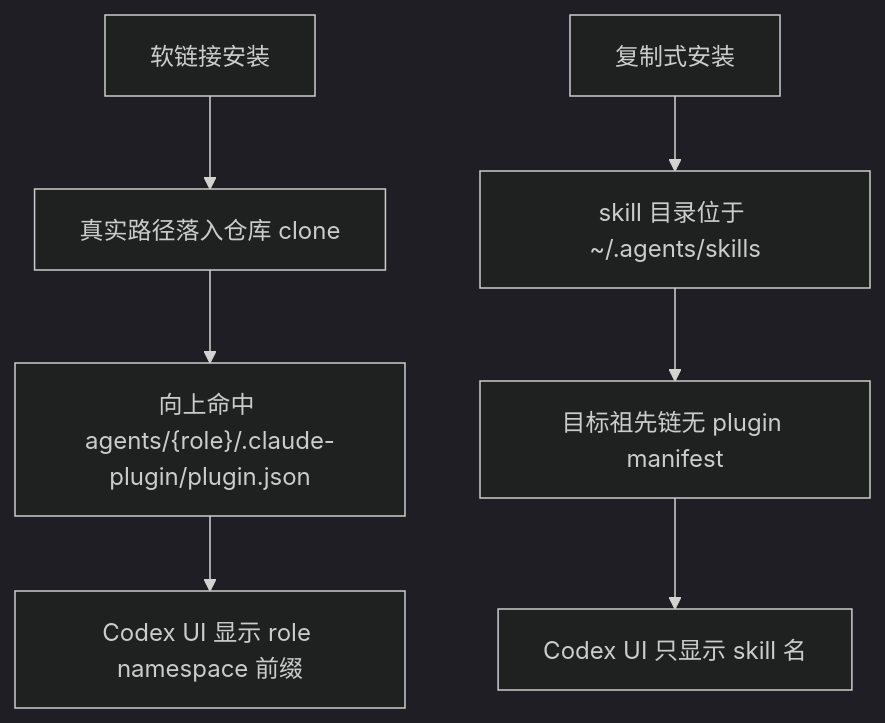
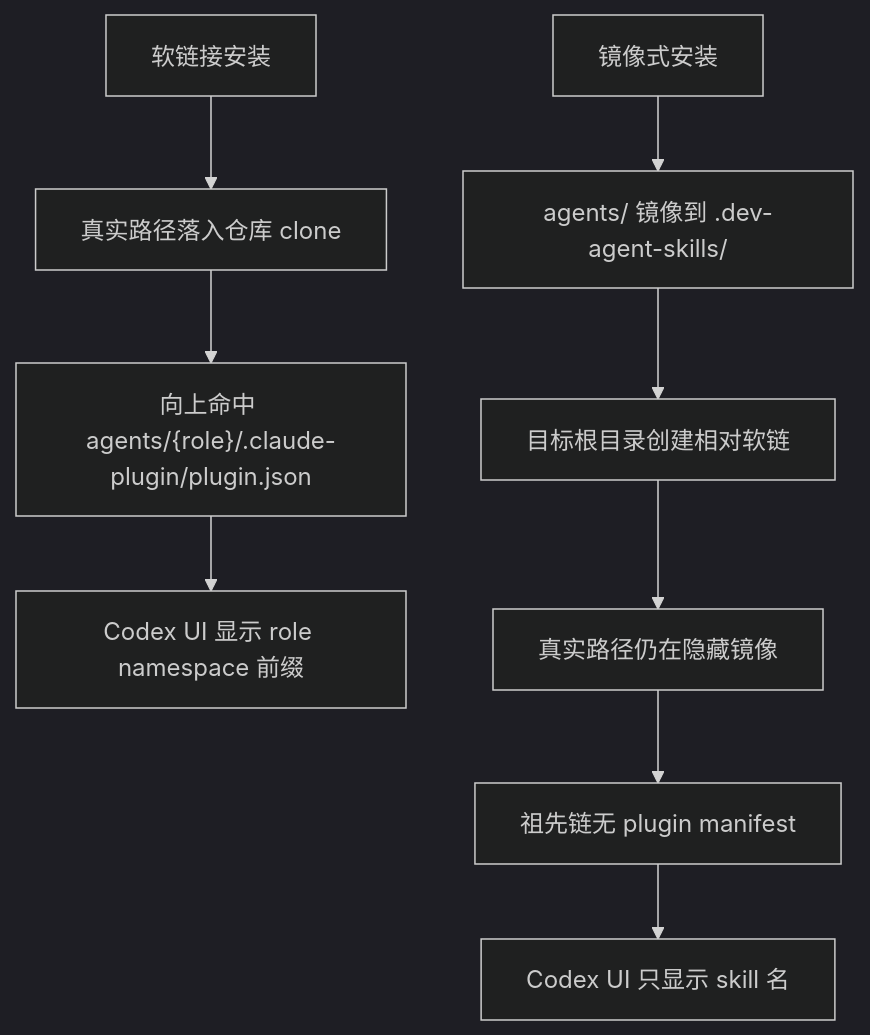
Before and after one commit to Neplich/dev-agent-skills: the diagram in docs/README.codex.md, drawn with Mermaid (dark theme). The commit also changed other lines of this file and 6 other files, not shown here.

````diff
--- a/docs/README.codex.md
+++ b/docs/README.codex.md
@@ -35,9 +35,11 @@
 ```mermaid
 flowchart TD
     A["软链接安装"] --> B["真实路径落入仓库 clone"]
     B --> C["向上命中 agents/{role}/.claude-plugin/plugin.json"]
     C --> D["Codex UI 显示 role namespace 前缀"]
-    E["复制式安装"] --> F["skill 目录位于 ~/.agents/skills"]
-    F --> G["目标祖先链无 plugin manifest"]
-    G --> H["Codex UI 只显示 skill 名"]
+    E["镜像式安装"] --> F["agents/ 镜像到 .dev-agent-skills/"]
+    F --> G["目标根目录创建相对软链"]
+    G --> H["真实路径仍在隐藏镜像"]
+    H --> I["祖先链无 plugin manifest"]
+    I --> J["Codex UI 只显示 skill 名"]
 ```
````
